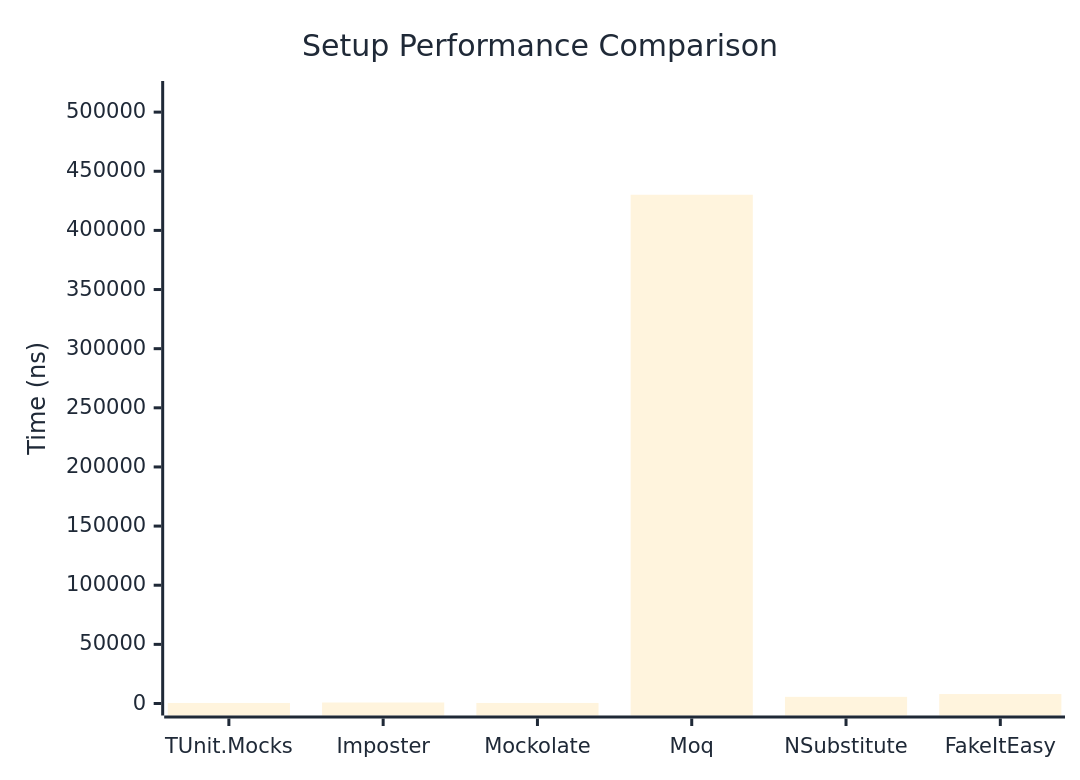
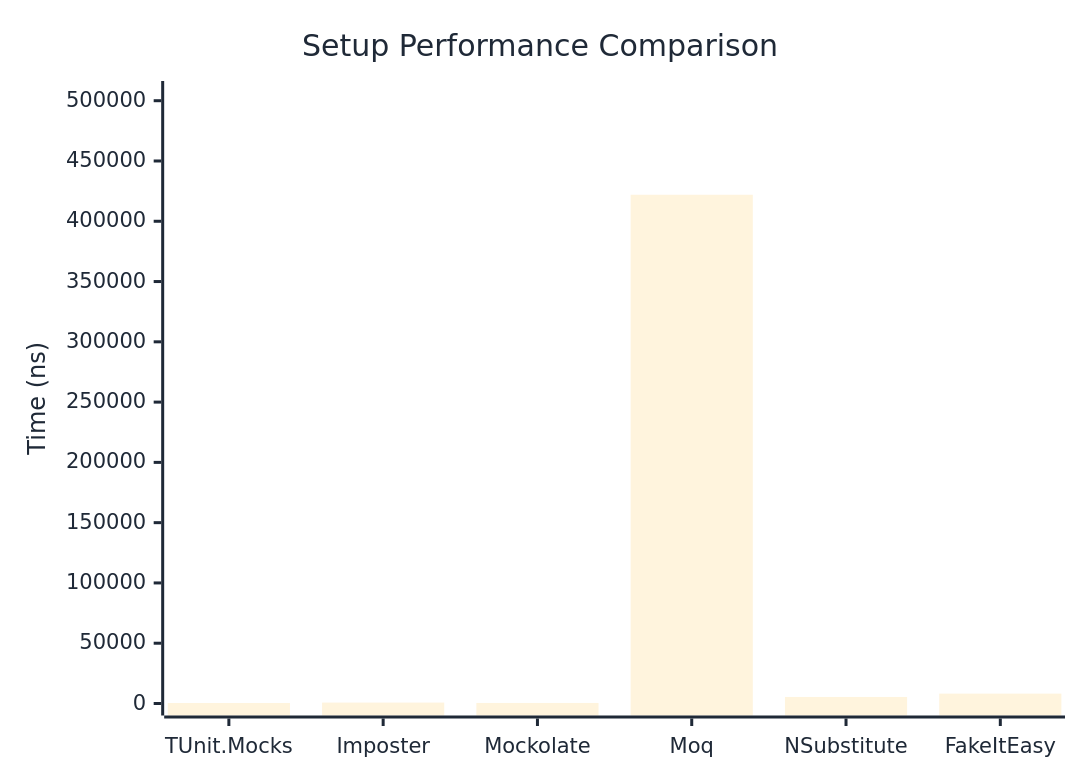
The first of 2 diagrams in docs/docs/benchmarks/mocks/Setup.md (thomhurst/TUnit), drawn with Mermaid before and after one commit. The commit also changed other lines of this file and 14 other files, not shown here.

````diff
--- a/docs/docs/benchmarks/mocks/Setup.md
+++ b/docs/docs/benchmarks/mocks/Setup.md
@@ -28,27 +28,27 @@
 ```mermaid
 %%{init: {
   'theme':'base',
   'themeVariables': {
     'primaryColor': '#2563eb',
     'primaryTextColor': '#1f2937',
     'primaryBorderColor': '#1e40af',
     'lineColor': '#6b7280',
     'secondaryColor': '#7c3aed',
     'tertiaryColor': '#dc2626',
     'background': '#ffffff',
     'pie1': '#2563eb',
     'pie2': '#7c3aed',
     'pie3': '#dc2626',
     'pie4': '#f59e0b',
     'pie5': '#10b981',
     'pie6': '#06b6d4',
     'pie7': '#ec4899',
     'pie8': '#6366f1'
   }
 }}%%
 xychart-beta
   title "Setup Performance Comparison"
   x-axis ["TUnit.Mocks", "Imposter", "Mockolate", "Moq", "NSubstitute", "FakeItEasy"]
-  y-axis "Time (ns)" 0 --> 516172
-  bar [463.2, 837.8, 464.4, 430142.9, 5617.9, 7994.6]
+  y-axis "Time (ns)" 0 --> 506394
+  bar [421.8, 761.6, 447.6, 421994.9, 5419.8, 8191.7]
 ```
````
